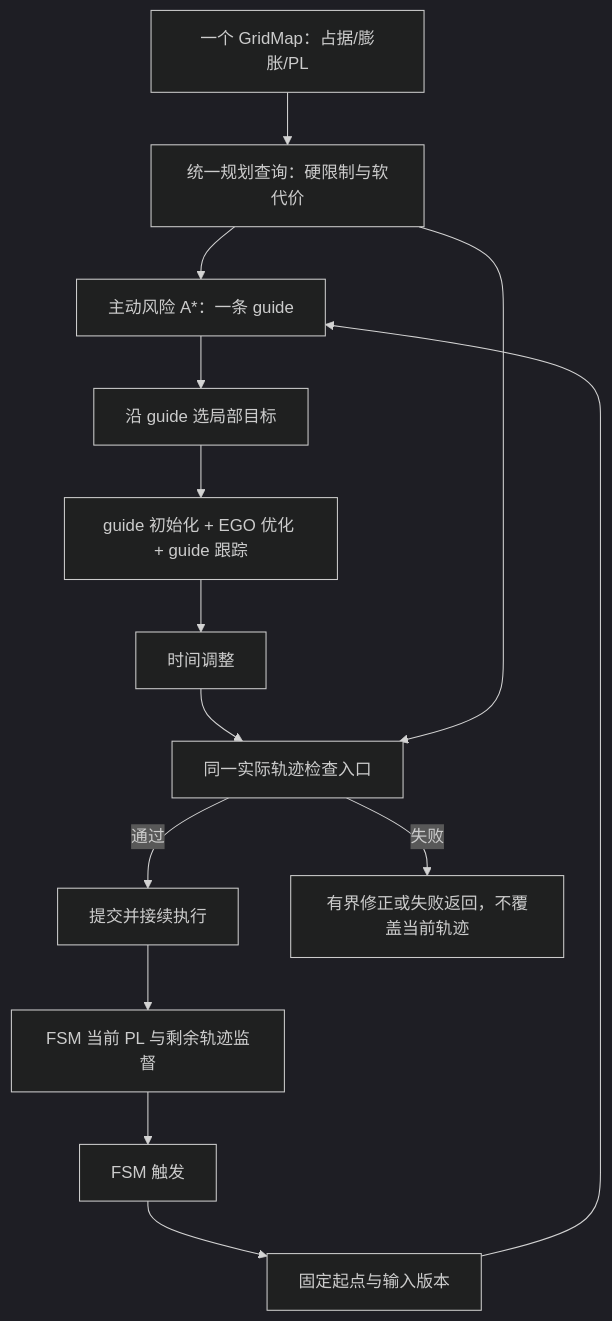
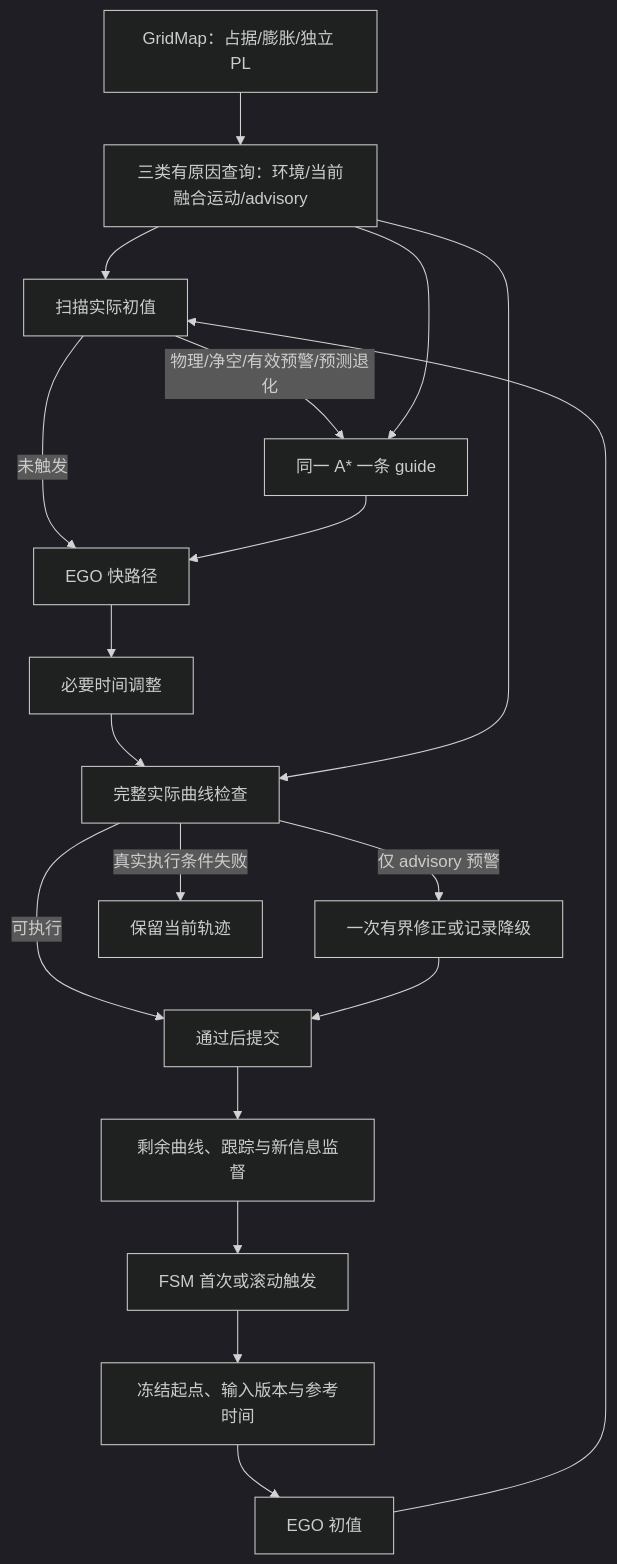
Before and after one commit to Printeger/iap: the third of 3 diagrams in docs/spec/ego_based_planning_flow.md, drawn with Mermaid (dark theme). The commit also changed other lines of this file and 26 other files, not shown here.

Commit message:
Guide EGO replanning with current motion quality and advisory PL

````diff
--- a/docs/spec/ego_based_planning_flow.md
+++ b/docs/spec/ego_based_planning_flow.md
@@ -96,16 +101,21 @@
 ```mermaid
 flowchart TD
-    Map[一个 GridMap：占据/膨胀/PL] --> Query[统一规划查询：硬限制与软代价]
-    FSM[FSM 触发] --> Freeze[固定起点与输入版本]
-    Freeze --> Search[主动风险 A*：一条 guide]
+    Map[GridMap：占据/膨胀/独立 PL] --> Query[三类有原因查询：环境/当前融合运动/advisory]
+    FSM[FSM 首次或滚动触发] --> Freeze[冻结起点、输入版本与参考时间]
+    Freeze --> Init[EGO 初值]
+    Query --> Scan[扫描实际初值]
+    Init --> Scan
+    Scan -->|未触发| Opt[EGO 快路径]
+    Scan -->|物理/净空/有效预警/预测退化| Search[同一 A* 一条 guide]
     Query --> Search
-    Search --> Target[沿 guide 选局部目标]
-    Target --> Opt[guide 初始化 + EGO 优化 + guide 跟踪]
-    Opt --> Retime[时间调整]
-    Retime --> Check[同一实际轨迹检查入口]
+    Search --> Opt
+    Opt --> Retime[必要时间调整]
+    Retime --> Check[完整实际曲线检查]
     Query --> Check
-    Check -->|通过| Commit[提交并接续执行]
-    Check -->|失败| Fail[有界修正或失败返回，不覆盖当前轨迹]
-    Commit --> Monitor[FSM 当前 PL 与剩余轨迹监督]
+    Check -->|可执行| Commit[通过后提交]
+    Check -->|仅 advisory 预警| Correct[一次有界修正或记录降级]
+    Correct --> Commit
+    Check -->|真实执行条件失败| Fail[保留当前轨迹]
+    Commit --> Monitor[剩余曲线、跟踪与新信息监督]
     Monitor --> FSM
 ```
````
